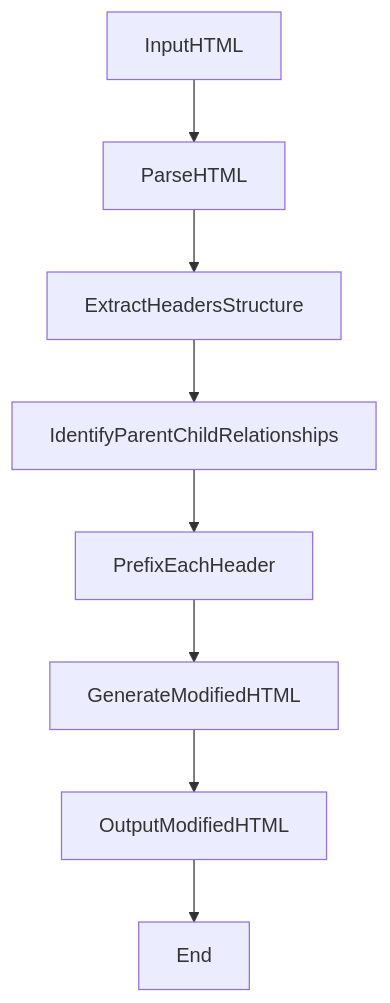
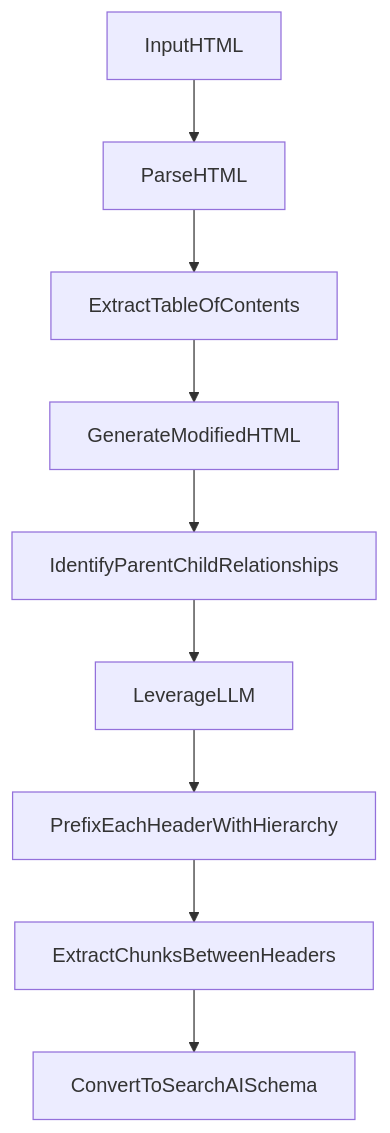
Before and after one commit to mkerollos/SearchAssist-Toolkit: the diagram in Blog/Hierarchical Chunking.md, drawn with Mermaid. The commit also changed other lines of this file, not shown here.

````diff
--- a/Blog/Hierarchical Chunking.md
+++ b/Blog/Hierarchical Chunking.md
@@ -16,15 +15,12 @@
 ```mermaid
-flowchart 
-
-InputHTML --> ParseHTML
-
-   
-        ParseHTML --> ExtractHeadersStructure
-        ExtractHeadersStructure --> IdentifyParentChildRelationships
-   
-   IdentifyParentChildRelationships --> PrefixEachHeader
-   PrefixEachHeader --> GenerateModifiedHTML
-   GenerateModifiedHTML --> OutputModifiedHTML
-   OutputModifiedHTML --> End[End]
-
+flowchart TD
+    InputHTML --> ParseHTML
+    ParseHTML --> ExtractTableOfContents
+    ExtractTableOfContents --> GenerateModifiedHTML
+    GenerateModifiedHTML --> IdentifyParentChildRelationships
+    IdentifyParentChildRelationships --> LeverageLLM
+    LeverageLLM --> PrefixEachHeaderWithHierarchy
+    PrefixEachHeaderWithHierarchy --> ExtractChunksBetweenHeaders
+    ExtractChunksBetweenHeaders --> ConvertToSearchAISchema[ConvertToSearchAISchema]
+    
 ```
````
